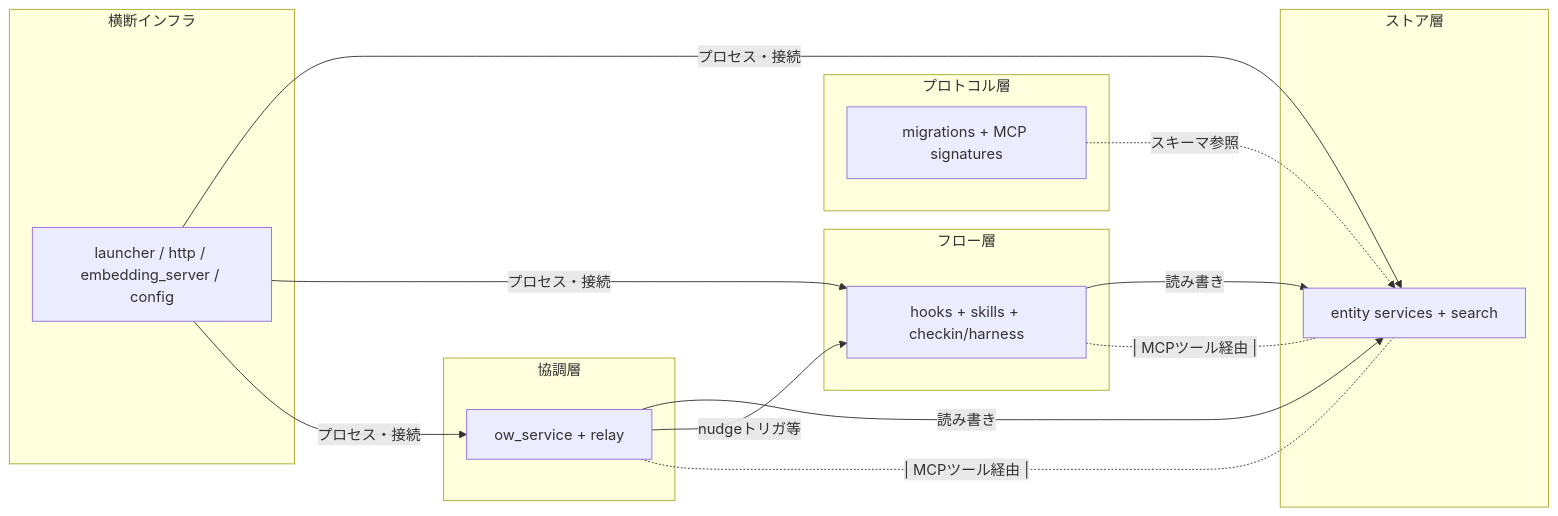
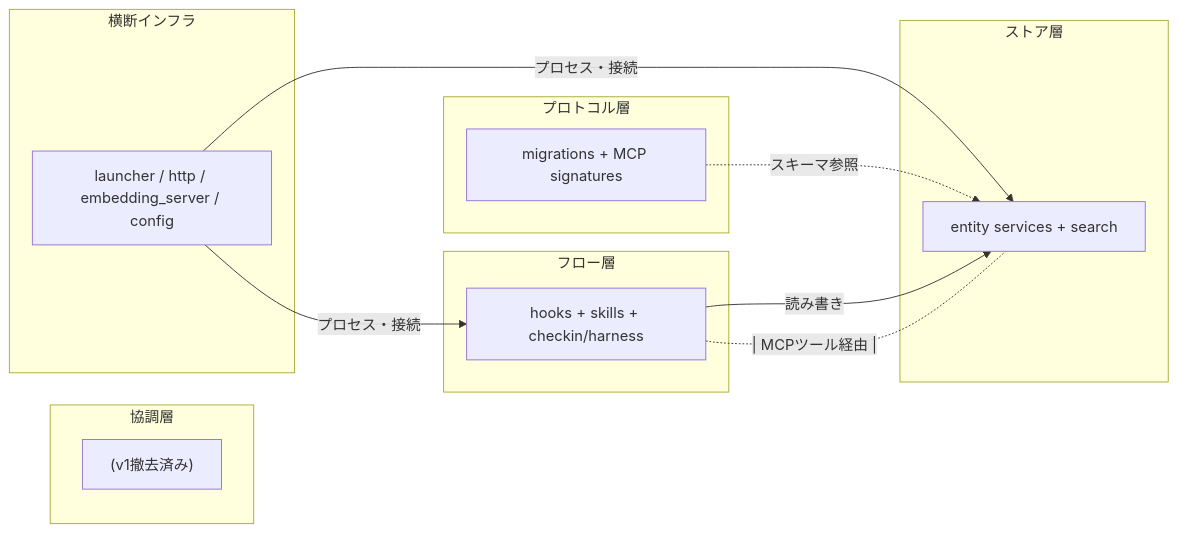
The second of 2 diagrams in docs/architecture/components.md (isizono/calm), drawn with Mermaid before and after one commit. The commit also changed other lines of this file and 5 other files, not shown here.

````diff
--- a/docs/architecture/components.md
+++ b/docs/architecture/components.md
@@ -264,28 +250,24 @@
 ```mermaid
 graph LR
     subgraph L1["プロトコル層"]
         P[migrations + MCP signatures]
     end
     subgraph L2["ストア層"]
         S[entity services + search]
     end
     subgraph L3["フロー層"]
         F[hooks + skills + checkin/harness]
     end
     subgraph L4["協調層"]
-        C[ow_service + relay]
+        C["(v1撤去済み)"]
     end
     subgraph L0["横断インフラ"]
         I[launcher / http / embedding_server / config]
     end
 
     P -. スキーマ参照 .-> S
     F -->|読み書き| S
-    C -->|読み書き| S
-    C -->|nudgeトリガ等| F
     I -->|プロセス・接続| S
     I -->|プロセス・接続| F
-    I -->|プロセス・接続| C
     F -.| MCPツール経由 |.- S
-    C -.| MCPツール経由 |.- S
 ```
````
